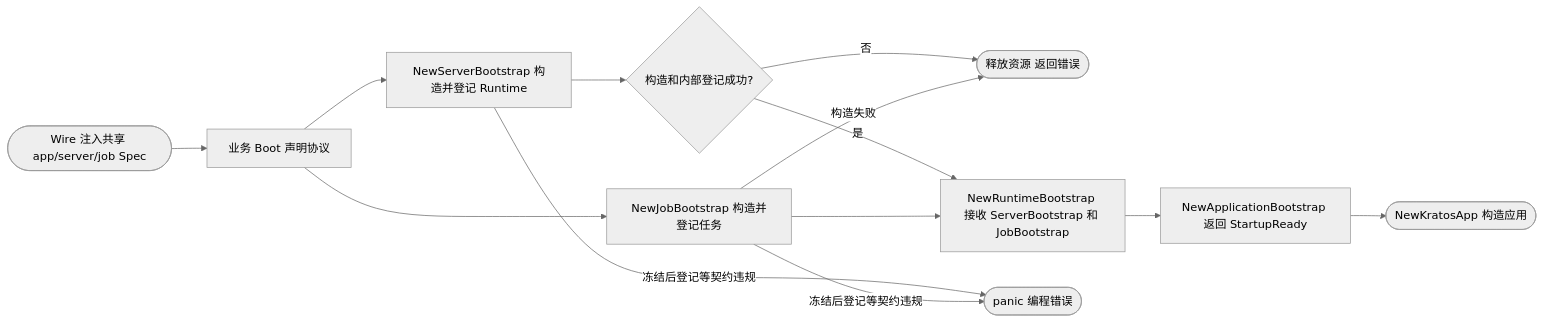
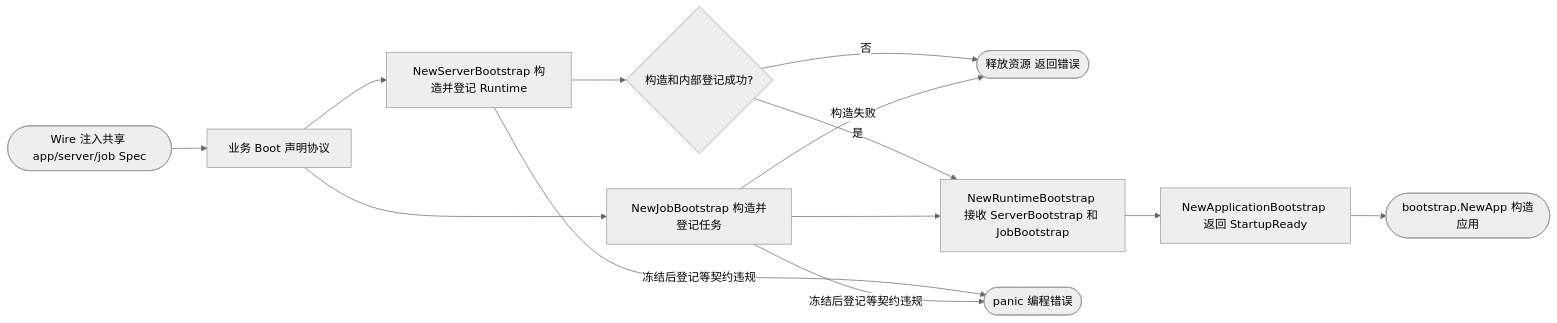
One commit to jaggerzhuang1994/kratos-foundation changed the second of 11 diagrams in pkg/server/README.md. Above: the diagram before and after it, drawn with Mermaid (neutral theme). The commit also changed other lines of this file and 5 other files, not shown here.

````diff
--- a/pkg/server/README.md
+++ b/pkg/server/README.md
@@ -54,15 +54,15 @@
 ```mermaid
 flowchart LR
  A([Wire 注入共享 app/server/job Spec]) --> A1[业务 Boot 声明协议]
  A1 --> B[NewServerBootstrap 构造并登记 Runtime]
  B --> C{构造和内部登记成功?}
  C -- 否 --> D([释放资源 返回错误])
  A1 --> J[NewJobBootstrap 构造并登记任务]
  C -- 是 --> G
  J -- 构造失败 --> D
  J --> G[NewRuntimeBootstrap 接收 ServerBootstrap 和 JobBootstrap]
  B -- 冻结后登记等契约违规 --> P([panic 编程错误])
  J -- 冻结后登记等契约违规 --> P
  G --> E[NewApplicationBootstrap 返回 StartupReady]
- E --> F([NewKratosApp 构造应用])
+ E --> F([bootstrap.NewApp 构造应用])
 ```
````
